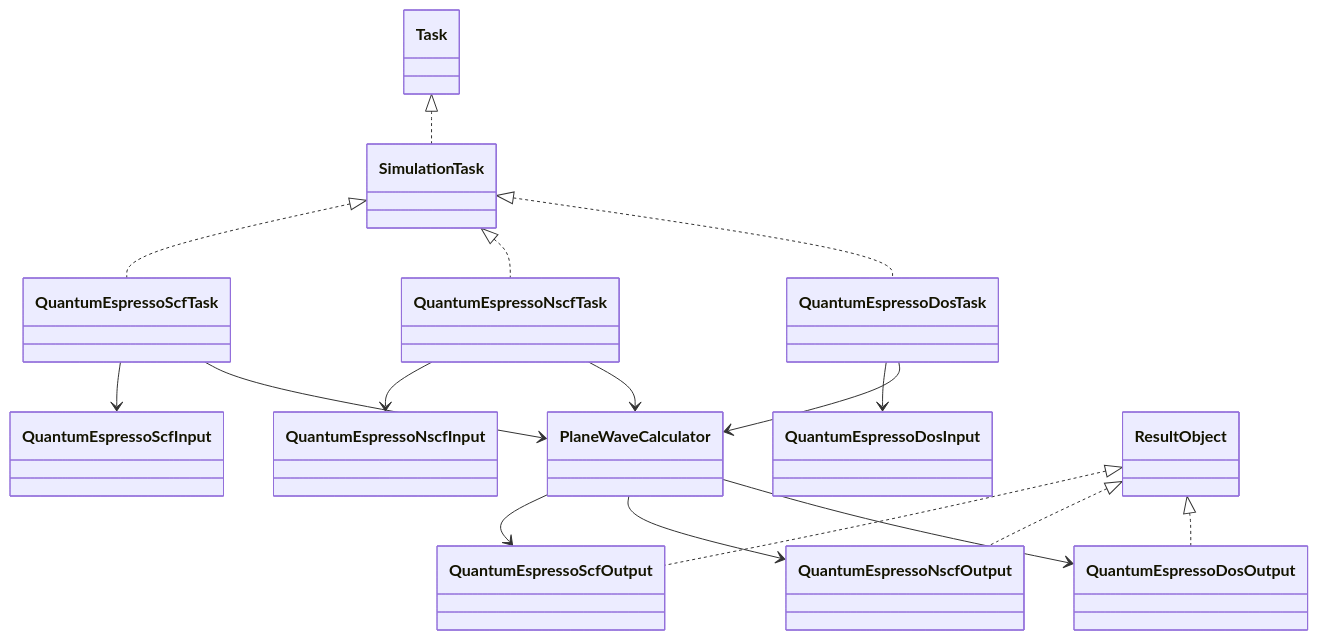
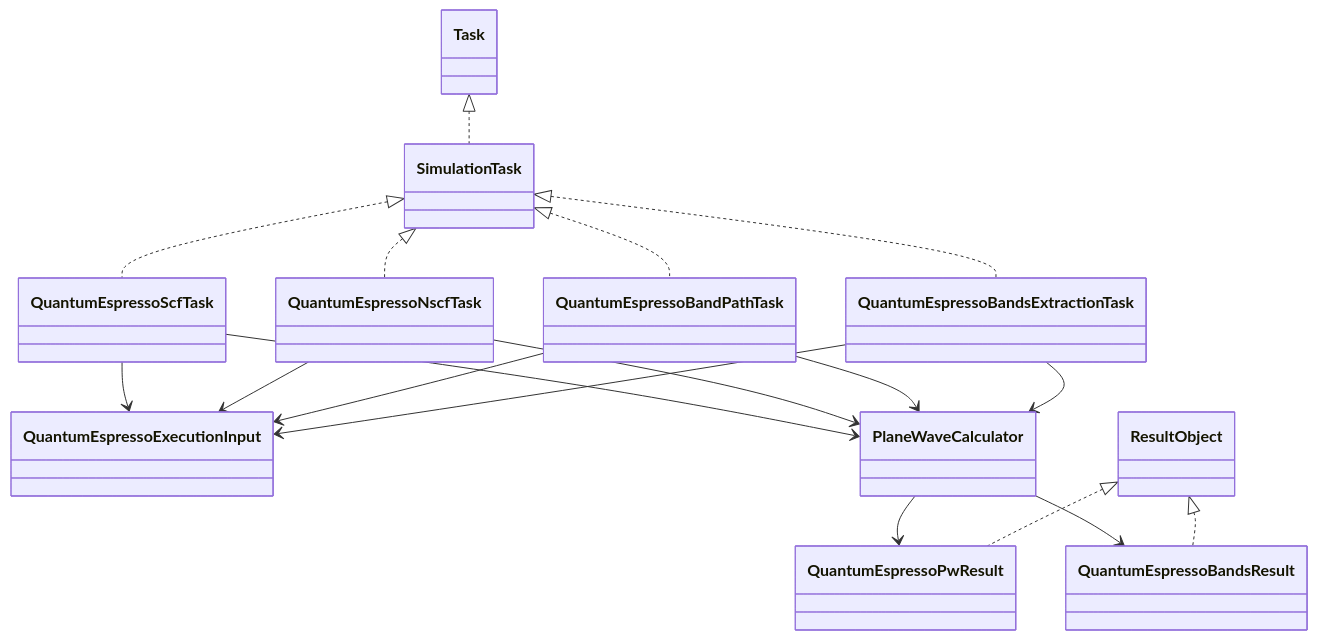
The first of 2 diagrams in docs/architecture/v2/ksdft2effmass/workflows/simulation-task-model.md (eragasa/ksdft2effmass), drawn with Mermaid before and after one commit. The commit also changed other lines of this file and 15 other files, not shown here.

````diff
--- a/docs/architecture/v2/ksdft2effmass/workflows/simulation-task-model.md
+++ b/docs/architecture/v2/ksdft2effmass/workflows/simulation-task-model.md
@@ -43,33 +45,32 @@
 ```mermaid
 classDiagram
     class Task
     class SimulationTask
     class QuantumEspressoScfTask
     class QuantumEspressoNscfTask
-    class QuantumEspressoDosTask
-    class QuantumEspressoScfInput
-    class QuantumEspressoNscfInput
-    class QuantumEspressoDosInput
-    class QuantumEspressoScfOutput
-    class QuantumEspressoNscfOutput
-    class QuantumEspressoDosOutput
+    class QuantumEspressoBandPathTask
+    class QuantumEspressoBandsExtractionTask
+    class QuantumEspressoExecutionInput
+    class QuantumEspressoPwResult
+    class QuantumEspressoBandsResult
     class PlaneWaveCalculator
     class ResultObject
 
     Task <|.. SimulationTask
     SimulationTask <|.. QuantumEspressoScfTask
     SimulationTask <|.. QuantumEspressoNscfTask
-    SimulationTask <|.. QuantumEspressoDosTask
-    QuantumEspressoScfTask --> QuantumEspressoScfInput
-    QuantumEspressoNscfTask --> QuantumEspressoNscfInput
-    QuantumEspressoDosTask --> QuantumEspressoDosInput
+    SimulationTask <|.. QuantumEspressoBandPathTask
+    SimulationTask <|.. QuantumEspressoBandsExtractionTask
+    QuantumEspressoScfTask --> QuantumEspressoExecutionInput
+    QuantumEspressoNscfTask --> QuantumEspressoExecutionInput
+    QuantumEspressoBandPathTask --> QuantumEspressoExecutionInput
+    QuantumEspressoBandsExtractionTask --> QuantumEspressoExecutionInput
     QuantumEspressoScfTask --> PlaneWaveCalculator
     QuantumEspressoNscfTask --> PlaneWaveCalculator
-    QuantumEspressoDosTask --> PlaneWaveCalculator
-    PlaneWaveCalculator --> QuantumEspressoScfOutput
-    PlaneWaveCalculator --> QuantumEspressoNscfOutput
-    PlaneWaveCalculator --> QuantumEspressoDosOutput
-    ResultObject <|.. QuantumEspressoScfOutput
-    ResultObject <|.. QuantumEspressoNscfOutput
-    ResultObject <|.. QuantumEspressoDosOutput
+    QuantumEspressoBandPathTask --> PlaneWaveCalculator
+    QuantumEspressoBandsExtractionTask --> PlaneWaveCalculator
+    PlaneWaveCalculator --> QuantumEspressoPwResult
+    PlaneWaveCalculator --> QuantumEspressoBandsResult
+    ResultObject <|.. QuantumEspressoPwResult
+    ResultObject <|.. QuantumEspressoBandsResult
 ```
````
